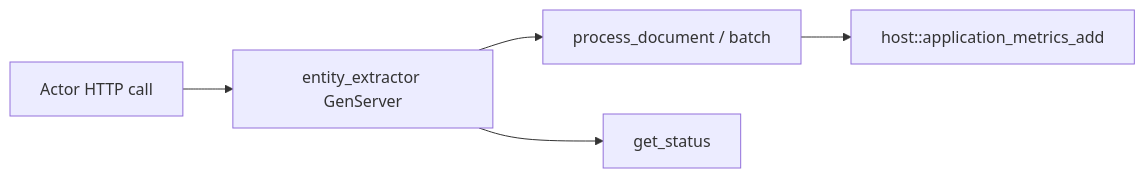
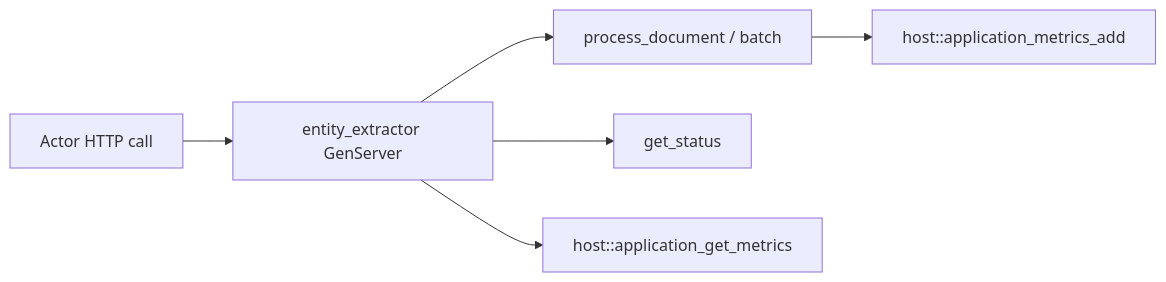
One commit to bhatti/PlexSpaces changed the diagram in examples/rust/apps/entity_recognition/README.md. Above: the diagram before and after it, drawn with Mermaid. The commit also changed other lines of this file and 414 other files, not shown here.

````diff
--- a/examples/rust/apps/entity_recognition/README.md
+++ b/examples/rust/apps/entity_recognition/README.md
@@ -37,7 +38,8 @@
 ```mermaid
 flowchart LR
   HTTP[Actor HTTP call] --> A[entity_extractor GenServer]
   A --> P[process_document / batch]
   P --> M[host::application_metrics_add]
   A --> S[get_status]
+  A --> G[host::application_get_metrics]
 ```
````
